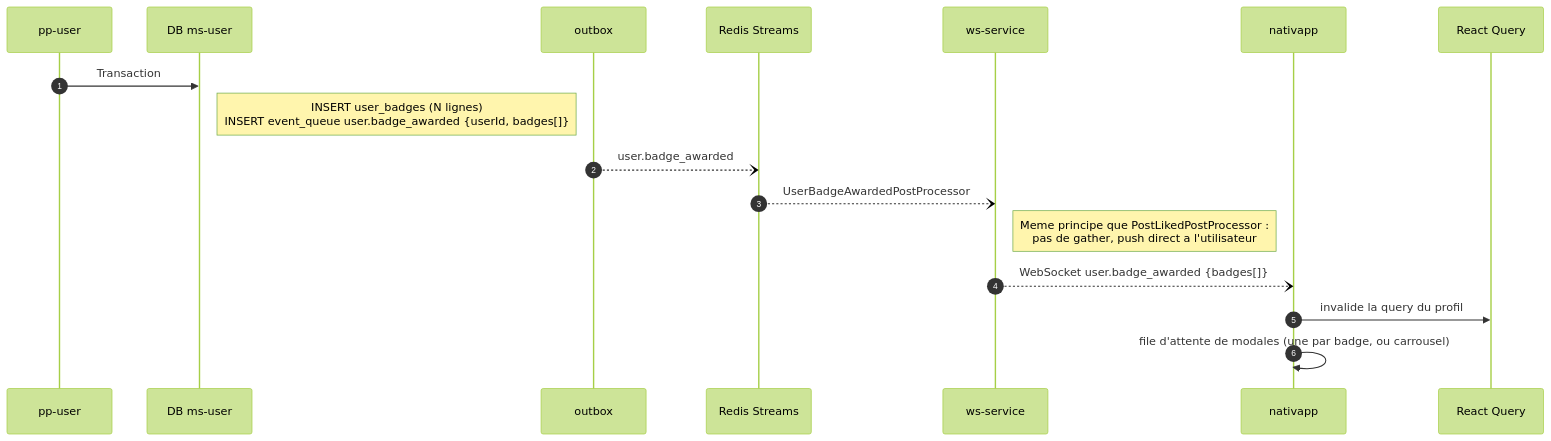
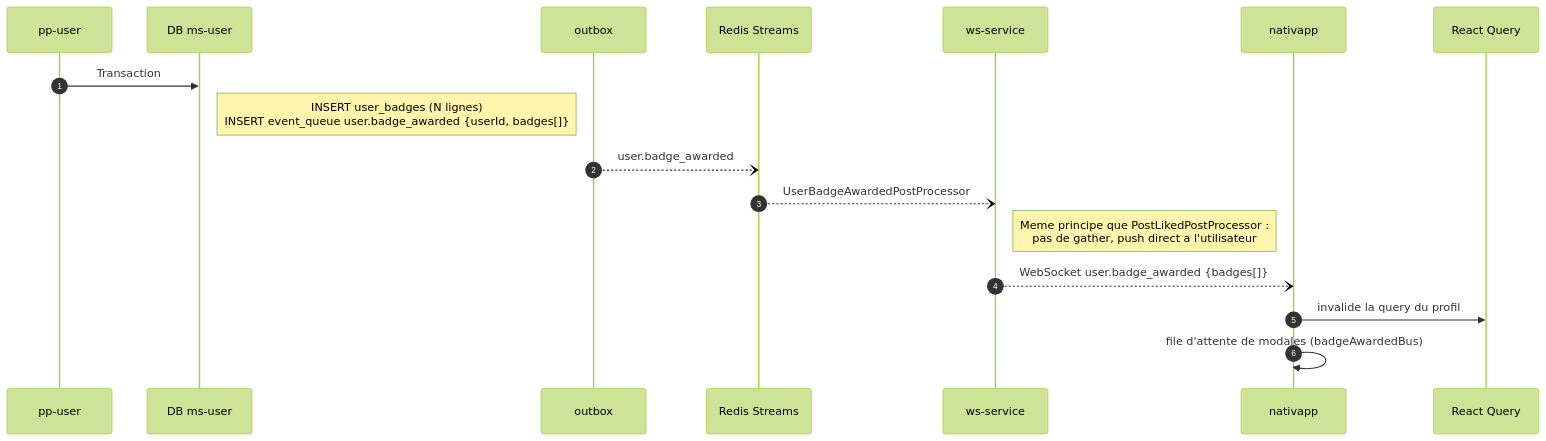
Before and after one commit to Volontariapp/docs: the diagram in badges/08-evenement-user-badge-awarded.md, drawn with Mermaid (forest theme). The commit also changed other lines of this file and 5 other files, not shown here.

````diff
--- a/badges/08-evenement-user-badge-awarded.md
+++ b/badges/08-evenement-user-badge-awarded.md
@@ -13,20 +13,20 @@
 ```mermaid
 sequenceDiagram
     autonumber
     participant PU as pp-user
     participant UDB as DB ms-user
     participant OB as outbox
     participant RS as Redis Streams
     participant WS as ws-service
     participant NA as nativapp
     participant Q as React Query
 
     PU->>UDB: Transaction
     Note right of UDB: INSERT user_badges (N lignes)<br/>INSERT event_queue user.badge_awarded {userId, badges[]}
     OB--)RS: user.badge_awarded
     RS--)WS: UserBadgeAwardedPostProcessor
     Note right of WS: Meme principe que PostLikedPostProcessor :<br/>pas de gather, push direct a l'utilisateur
     WS--)NA: WebSocket user.badge_awarded {badges[]}
     NA->>Q: invalide la query du profil
-    NA->>NA: file d'attente de modales (une par badge, ou carrousel)
+    NA->>NA: file d'attente de modales (badgeAwardedBus)
 ```
````
